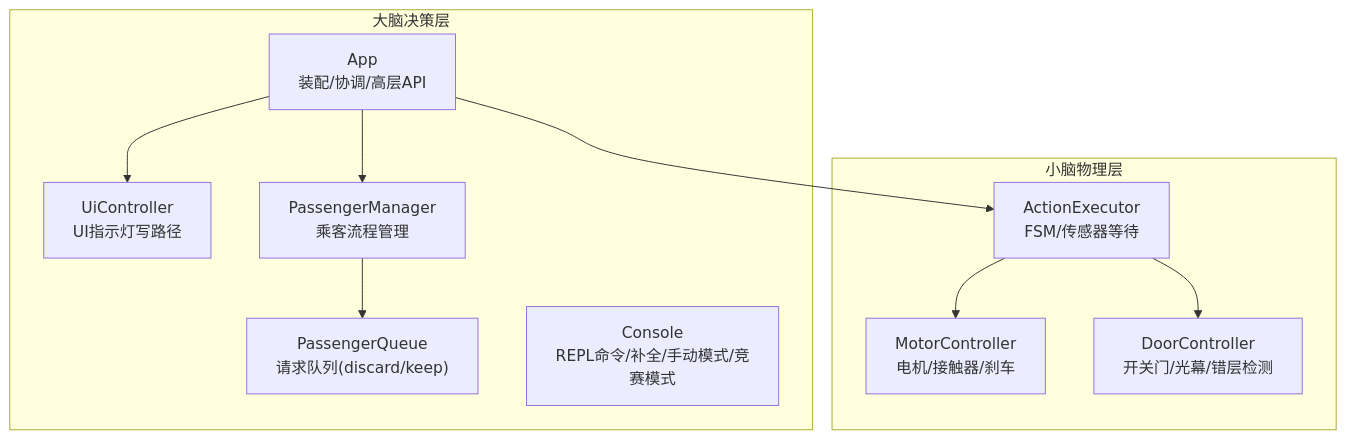
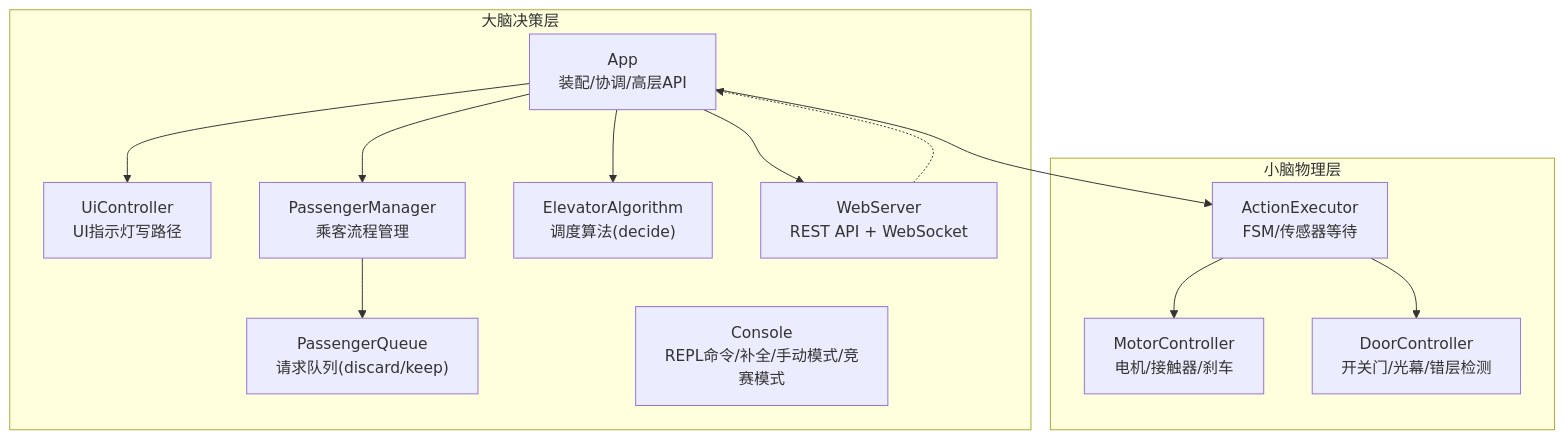
The first of 8 diagrams in .qoder/repowiki/zh/content/大脑模块.md (xmb505/Haku_EET), drawn with Mermaid before and after one commit. The commit also changed other lines of this file and 27 other files, not shown here.

````diff
--- a/.qoder/repowiki/zh/content/大脑模块.md
+++ b/.qoder/repowiki/zh/content/大脑模块.md
@@ -44,21 +49,26 @@
 ```mermaid
 graph TB
 subgraph "大脑决策层"
 APP["App<br/>装配/协调/高层API"]
 UI["UiController<br/>UI指示灯写路径"]
 PM["PassengerManager<br/>乘客流程管理"]
 PQ["PassengerQueue<br/>请求队列(discard/keep)"]
 CONSOLE["Console<br/>REPL命令/补全/手动模式/竞赛模式"]
+ALGO["ElevatorAlgorithm<br/>调度算法(decide)"]
+WEB["WebServer<br/>REST API + WebSocket"]
 end
 subgraph "小脑物理层"
 EXE["ActionExecutor<br/>FSM/传感器等待"]
 MC["MotorController<br/>电机/接触器/刹车"]
 DC["DoorController<br/>开关门/光幕/错层检测"]
 end
 APP --> EXE
 APP --> UI
 APP --> PM
+APP --> ALGO
+APP --> WEB
 PM --> PQ
 EXE --> MC
 EXE --> DC
+WEB -.-> APP
 ```
````
